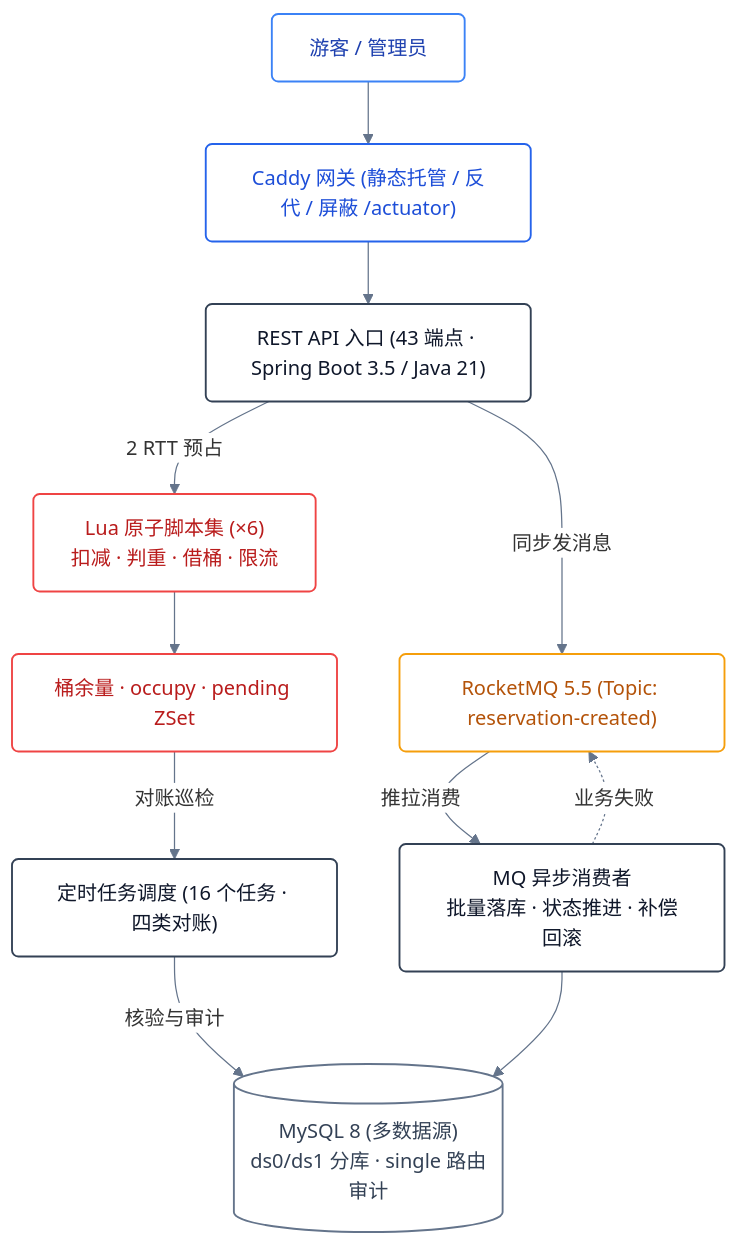
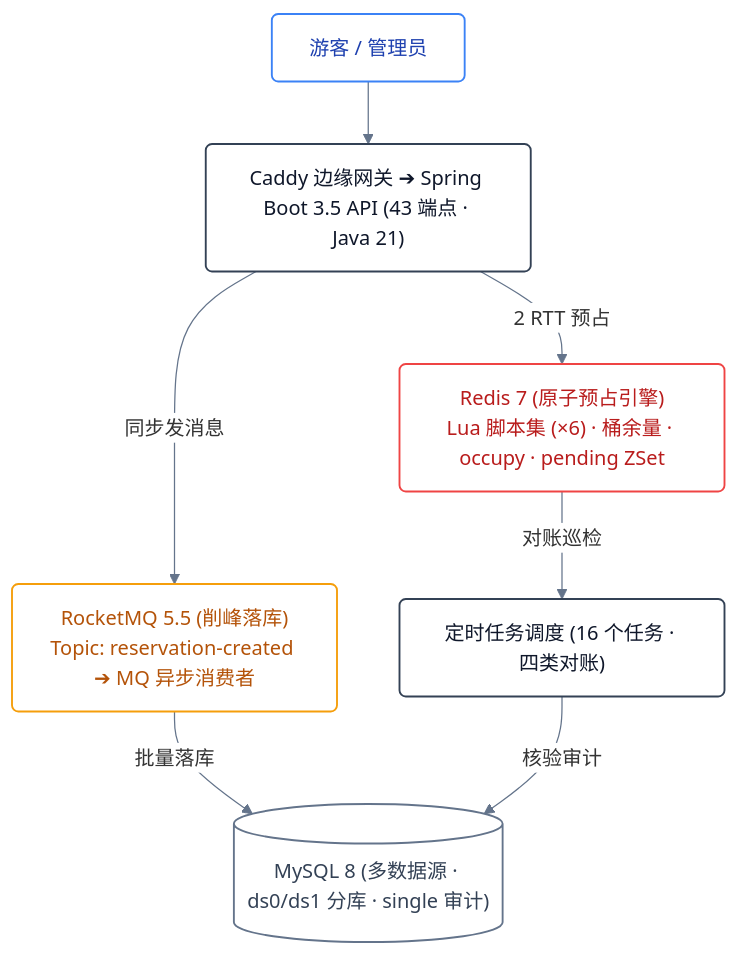
The first of 2 diagrams in README.md (s1oopX/ReserveX), drawn with Mermaid before and after one commit. The commit also changed other lines of this file, not shown here.

Commit message:
docs: compact ReserveX diagrams to perfect single-screen height

````diff
--- a/README.md
+++ b/README.md
@@ -69,41 +69,32 @@
 ```mermaid
 %%{init: {'theme': 'base', 'themeVariables': { 'edgeLabelBackground': '#ffffff', 'mainBkg': '#ffffff', 'lineColor': '#64748b' }}}%%
 flowchart TB
     classDef client fill:#ffffff,stroke:#3b82f6,stroke-width:1.5px,color:#1e40af,rx:5px,ry:5px;
     classDef edge fill:#ffffff,stroke:#2563eb,stroke-width:1.5px,color:#1d4ed8,rx:5px,ry:5px;
     classDef app fill:#ffffff,stroke:#334155,stroke-width:1.5px,color:#0f172a,rx:5px,ry:5px;
     classDef redis fill:#ffffff,stroke:#ef4444,stroke-width:1.5px,color:#b91c1c,rx:5px,ry:5px;
     classDef mq fill:#ffffff,stroke:#f59e0b,stroke-width:1.5px,color:#b45309,rx:5px,ry:5px;
     classDef db fill:#ffffff,stroke:#64748b,stroke-width:1.5px,color:#334155,rx:5px,ry:5px;
 
-    %% 统一边界入口 (顶部)
+    %% 统一边界入口
     U["游客 / 管理员"]:::client
-    C["Caddy 网关 (静态托管 / 反代 / 屏蔽 /actuator)"]:::edge
-    API["REST API 入口 (43 端点 · Spring Boot 3.5 / Java 21)"]:::app
+    API["Caddy 边缘网关 ➔ Spring Boot 3.5 API (43 端点 · Java 21)"]:::app
 
-    %% 左路通道：同步原子预占
-    L["Lua 原子脚本集 (×6)<br/>扣减 · 判重 · 借桶 · 限流"]:::redis
-    K["桶余量 · occupy · pending ZSet"]:::redis
+    %% 中间件双路分流 (单屏并列)
+    REDIS["Redis 7 (原子预占引擎)<br/>Lua 脚本集 (×6) · 桶余量 · occupy · pending ZSet"]:::redis
+    MQ["RocketMQ 5.5 (削峰落库)<br/>Topic: reservation-created ➔ MQ 异步消费者"]:::mq
 
-    %% 右路通道：异步削峰落库
-    T["RocketMQ 5.5 (Topic: reservation-created)"]:::mq
-    CON["MQ 异步消费者<br/>批量落库 · 状态推进 · 补偿回滚"]:::app
+    %% 持久化与对账闭环
+    JOB["定时任务调度 (16 个任务 · 四类对账)"]:::app
+    DB[("MySQL 8 (多数据源 · ds0/ds1 分库 · single 审计)")]:::db
 
-    %% 底层对账与存储
-    JOB["定时任务调度 (16 个任务 · 四类对账)"]:::app
-    DB[("MySQL 8 (多数据源)<br/>ds0/ds1 分库 · single 路由审计")]:::db
+    %% 极简单屏流转
+    U --> API
 
-    %% 顶层流转
-    U --> C --> API
+    API -->|"2 RTT 预占"| REDIS
+    API -->|"同步发消息"| MQ
 
-    %% 核心分流 (左路与右路)
-    API -->|"2 RTT 预占"| L
-    L --> K
-    K -->|"对账巡检"| JOB
-    JOB -->|"核验与审计"| DB
-
-    API -->|"同步发消息"| T
-    T -->|"推拉消费"| CON
-    CON --> DB
-    CON -.->|"业务失败"| T
+    REDIS -->|"对账巡检"| JOB
+    MQ -->|"批量落库"| DB
+    JOB -->|"核验审计"| DB
 ```
````
